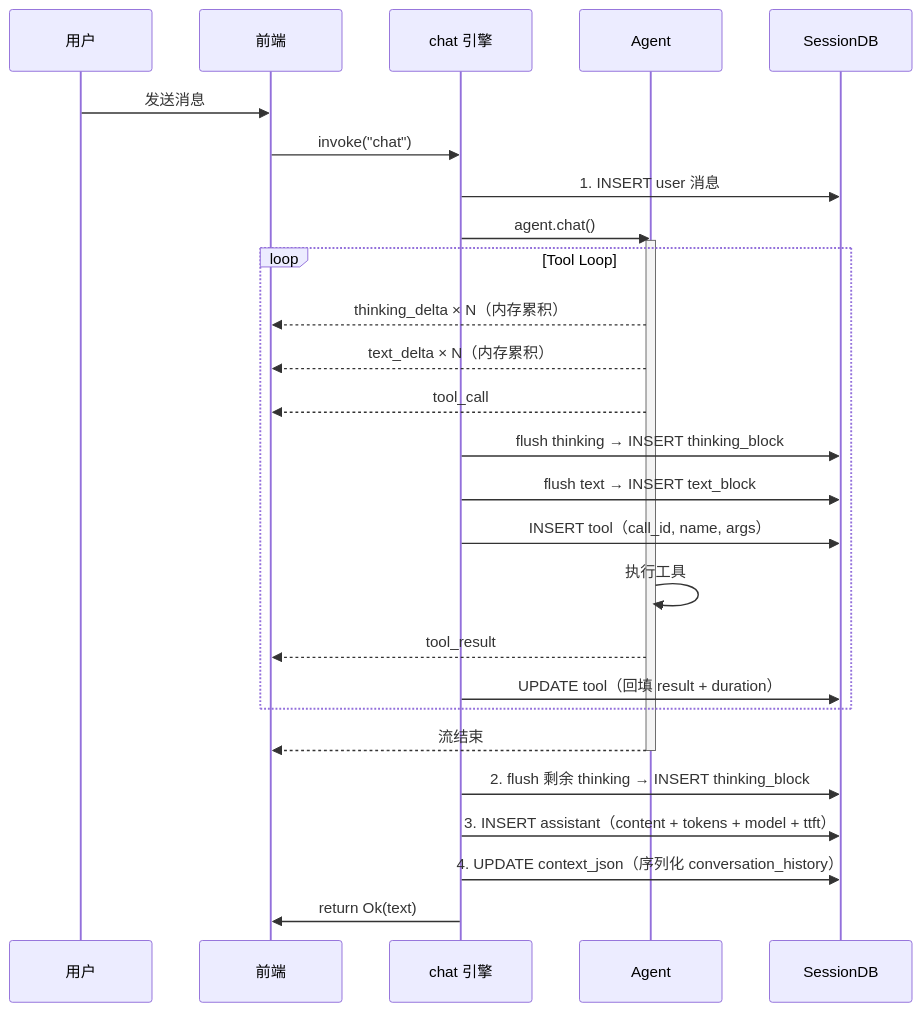
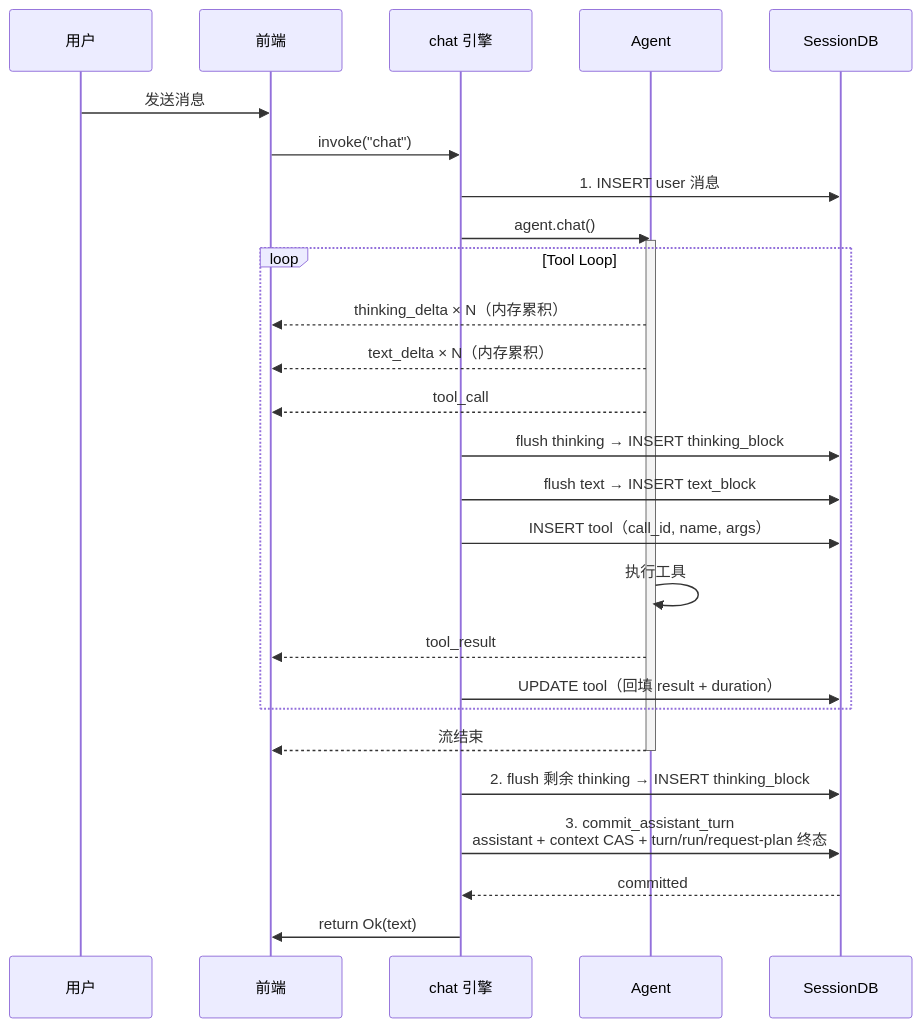
One commit to shiwenwen/hope-agent changed diagram 14 of 16 in docs/architecture/core/provider-system.md. Above: the diagram before and after it, drawn with Mermaid. The commit also changed other lines of this file and 124 other files, not shown here.

````diff
--- a/docs/architecture/core/provider-system.md
+++ b/docs/architecture/core/provider-system.md
@@ -704,31 +716,31 @@
 ```mermaid
 sequenceDiagram
   participant U as 用户
   participant FE as 前端
   participant CMD as chat 引擎
   participant Agent as Agent
   participant DB as SessionDB
 
   U->>FE: 发送消息
   FE->>CMD: invoke("chat")
   CMD->>DB: 1. INSERT user 消息
   CMD->>Agent: agent.chat()
   activate Agent
   loop Tool Loop
     Agent-->>FE: thinking_delta × N（内存累积）
     Agent-->>FE: text_delta × N（内存累积）
     Agent-->>FE: tool_call
     CMD->>DB: flush thinking → INSERT thinking_block
     CMD->>DB: flush text → INSERT text_block
     CMD->>DB: INSERT tool（call_id, name, args）
     Agent->>Agent: 执行工具
     Agent-->>FE: tool_result
     CMD->>DB: UPDATE tool（回填 result + duration）
   end
   Agent-->>FE: 流结束
   deactivate Agent
   CMD->>DB: 2. flush 剩余 thinking → INSERT thinking_block
-  CMD->>DB: 3. INSERT assistant（content + tokens + model + ttft）
-  CMD->>DB: 4. UPDATE context_json（序列化 conversation_history）
+  CMD->>DB: 3. commit_assistant_turn<br/>assistant + context CAS + turn/run/request-plan 终态
+  DB-->>CMD: committed
   CMD->>FE: return Ok(text)
 ```
````
